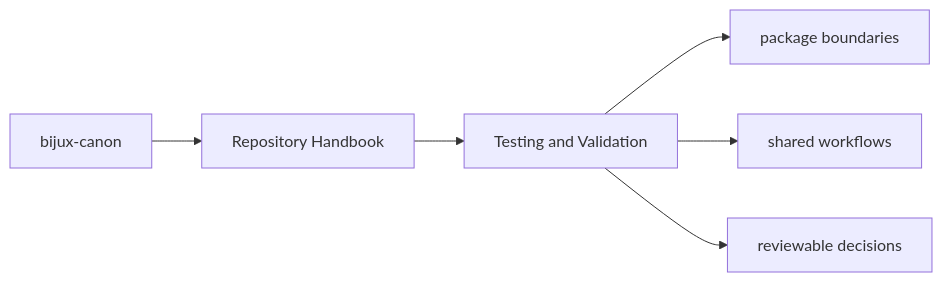
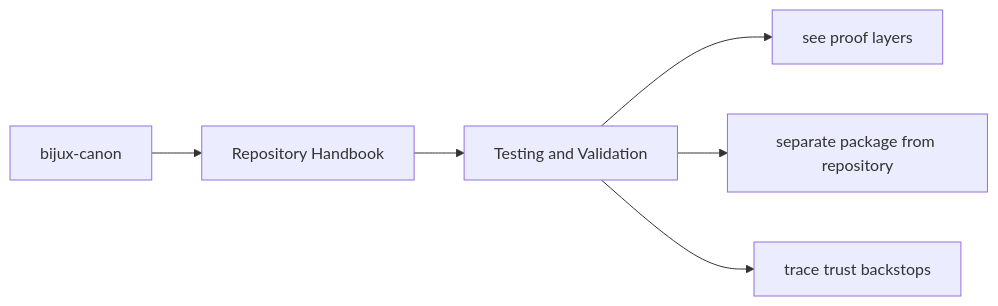
The first of 2 diagrams in docs/bijux-canon/testing-and-validation.md (bijux/bijux-canon), drawn with Mermaid before and after one commit. The commit also changed other lines of this file and 11 other files, not shown here.

Commit message:
docs(diagrams): clarify root handbook maps

````diff
--- a/docs/bijux-canon/testing-and-validation.md
+++ b/docs/bijux-canon/testing-and-validation.md
@@ -28,11 +28,11 @@
 ```mermaid
 flowchart LR
     scope["bijux-canon"] --> section["Repository Handbook"]
     section --> page["Testing and Validation"]
-    dest1["package boundaries"]
-    dest2["shared workflows"]
-    dest3["reviewable decisions"]
+    dest1["see proof layers"]
+    dest2["separate package from repository"]
+    dest3["trace trust backstops"]
     page --> dest1
     page --> dest2
     page --> dest3
 ```
````
